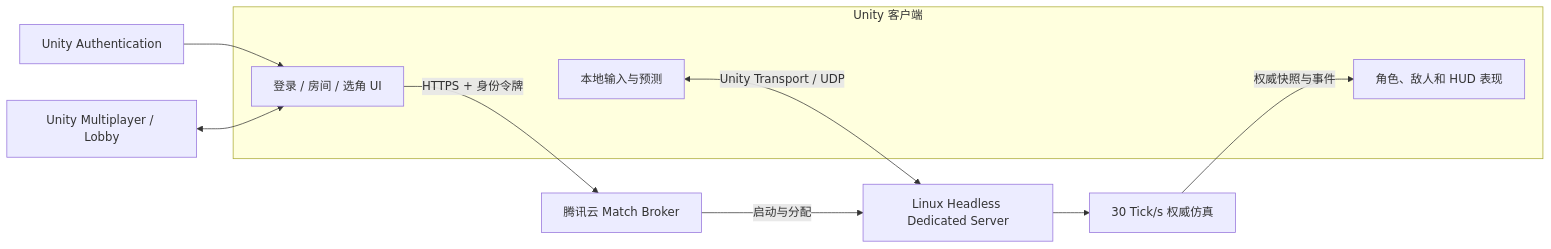
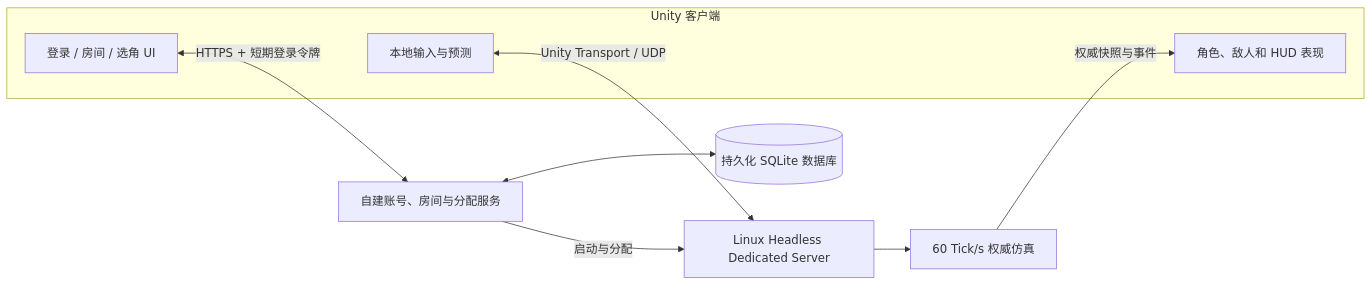
Before and after one commit to zongjunlv/FPS: the second of 2 diagrams in README.md, drawn with Mermaid. The commit also changed other lines of this file and 35 other files, not shown here.

````diff
--- a/README.md
+++ b/README.md
@@ -90,16 +86,15 @@
 ```mermaid
 flowchart LR
     subgraph Client[Unity 客户端]
         UI[登录 / 房间 / 选角 UI]
         Prediction[本地输入与预测]
         Presentation[角色、敌人和 HUD 表现]
     end
 
-    Auth[Unity Authentication] --> UI
-    Lobby[Unity Multiplayer / Lobby] <--> UI
-    UI -->|HTTPS + 身份令牌| Broker[腾讯云 Match Broker]
+    UI <-->|HTTPS + 短期登录令牌| Broker[自建账号、房间与分配服务]
+    Broker <--> DB[(持久化 SQLite 数据库)]
     Broker -->|启动与分配| DGS[Linux Headless Dedicated Server]
     Prediction <-->|Unity Transport / UDP| DGS
-    DGS --> Kernel[30 Tick/s 权威仿真]
+    DGS --> Kernel[60 Tick/s 权威仿真]
     Kernel -->|权威快照与事件| Presentation
 ```
````
